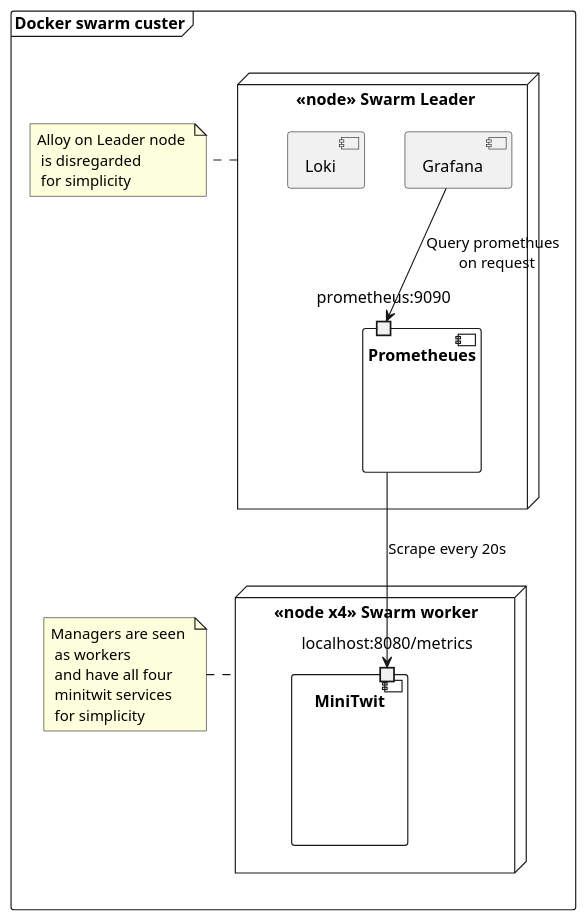
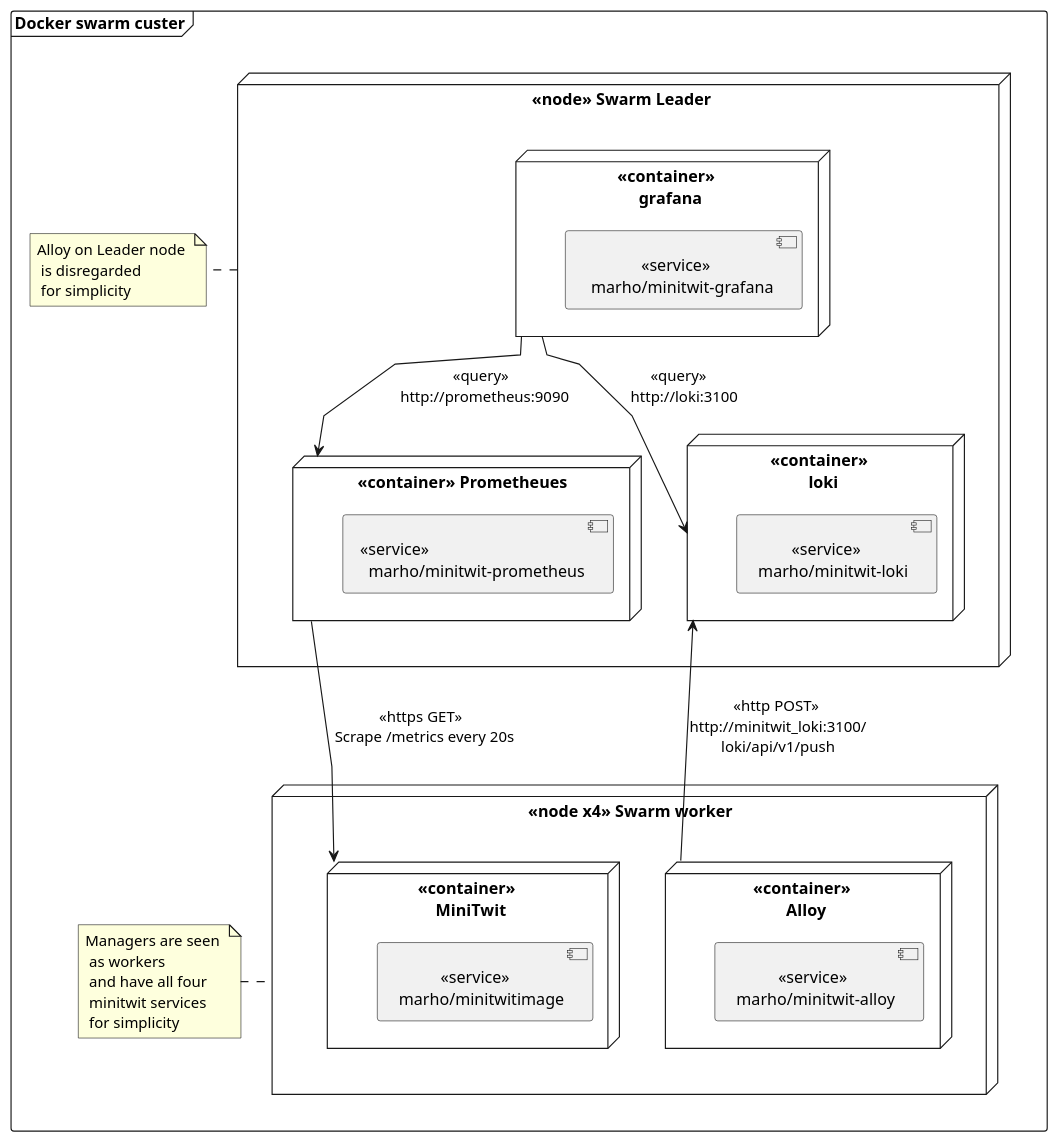
The diagram in report/src/diagrams/monitoring.puml (DevBobs-devops/Devbobs_MiniTwit), drawn with PlantUML before and after one commit.

Commit message:
report: monitoring and logging diagram

```diff
--- a/report/src/diagrams/monitoring.puml
+++ b/report/src/diagrams/monitoring.puml
@@ -1,31 +1,43 @@
 @startuml 
+skinparam linetype polyline
 
  frame "Docker swarm custer" as cluster {
     node " <<node>> Swarm Leader" as leader{
         
-        component "Prometheues" as prom{
-            port "prometheus:9090" as promp
+        node "<<container>> Prometheues" as prom {
+            component "<<service>> \n  marho/minitwit-prometheus"{
         }
-        component Grafana as graf {
+        }
+        
+        node "<<container>> \n grafana" as graf {
+            component "              <<service>> \n  marho/minitwit-grafana"
         }
 
-        component Loki {
-
+        node "<<container>> \n loki" as loki {
+            component "         <<service>> \n marho/minitwit-loki"
         }
         
 
     }
     note right of leader: Alloy on Leader node \n is disregarded \n for simplicity
 
     node "<<node x4>> Swarm worker" as workers {
         
-        component "MiniTwit" as mini{
-            port "localhost:8080/metrics" as metrics
+         node "<<container>> \n Alloy" as alloy {
+            component "           <<service>> \n marho/minitwit-alloy"
+
         }
+        node "<<container>> \n MiniTwit" as mini{
+            component "           <<service>> \n marho/minitwitimage"
+        }
+       
     }
     note left of workers : Managers are seen \n as workers \n and have all four \n minitwit services \n for simplicity
 
-    prom --> metrics : Scrape every 20s
-    graf --> promp : Query promethues \n on request
+    prom --> mini : <<https GET>> \n Scrape /metrics every 20s
+    alloy --> loki : <<http POST>> \nhttp://minitwit_loki:3100/\nloki/api/v1/push
+    graf --> prom : <<query>> \n http://prometheus:9090
+    graf --> loki : <<query>> \n  http://loki:3100
+
  }
 @enduml
```
